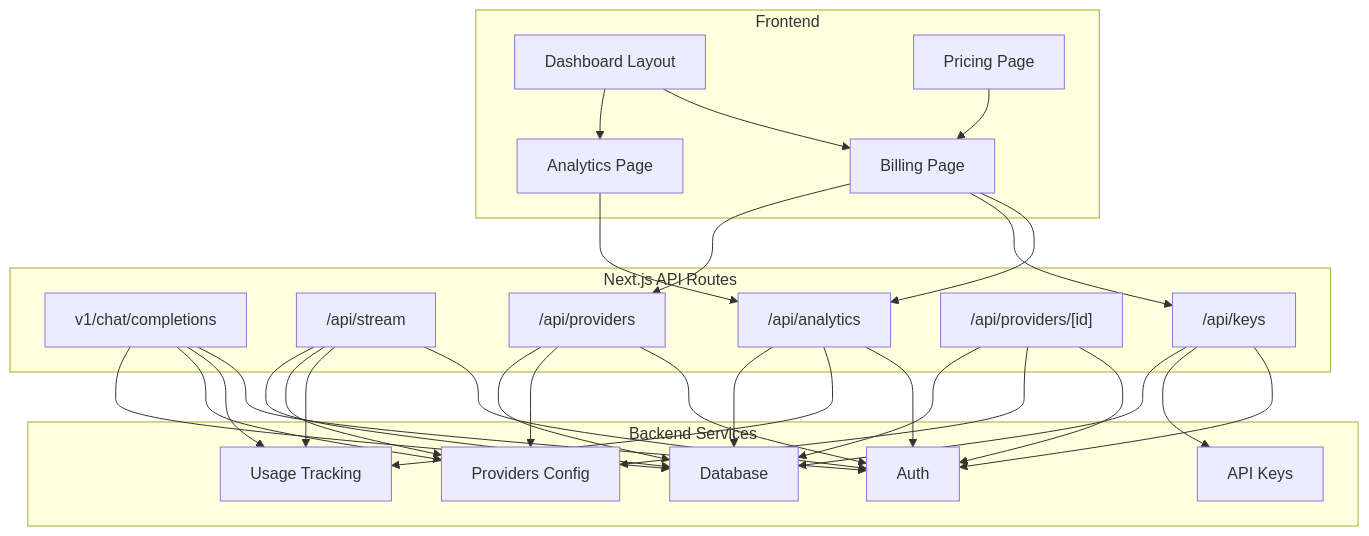
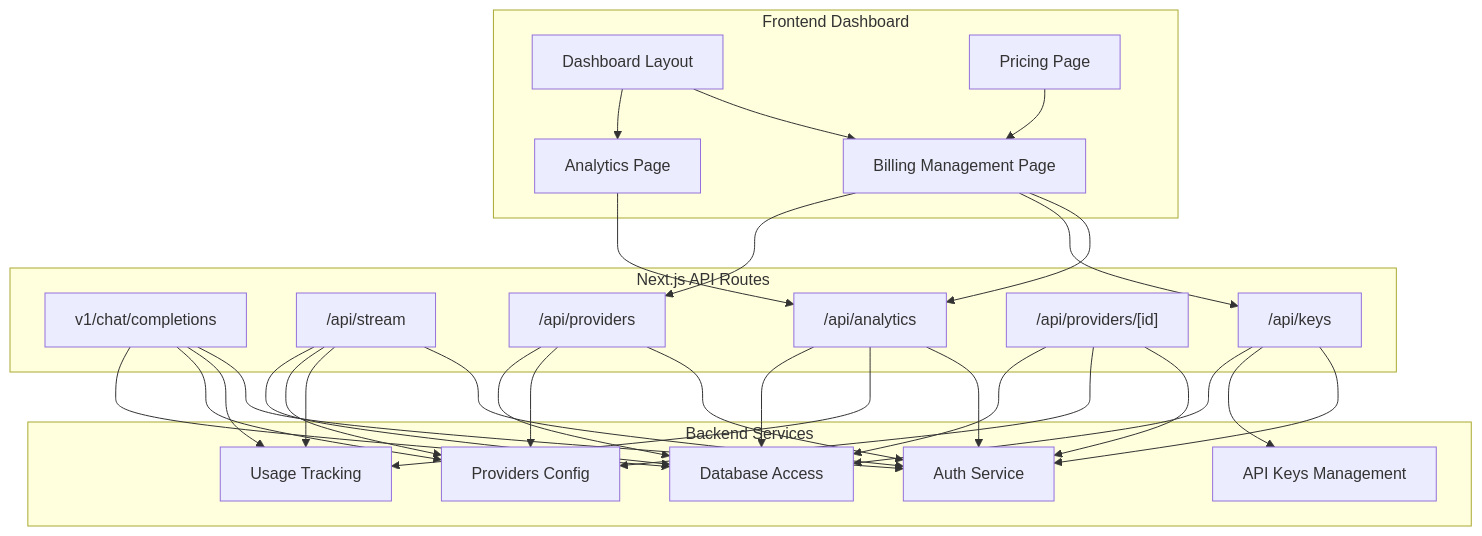
Before and after one commit to HassanAmeer/cheaprouter: the first of 4 diagrams in .qoder/repowiki/en/content/Dashboard Features/Billing & Cost Management.md, drawn with Mermaid. The commit also changed other lines of this file and 54 other files, not shown here.

````diff
--- a/.qoder/repowiki/en/content/Dashboard Features/Billing & Cost Management.md
+++ b/.qoder/repowiki/en/content/Dashboard Features/Billing & Cost Management.md
@@ -39,51 +47,51 @@
 ```mermaid
 graph TB
-subgraph "Frontend"
+subgraph "Frontend Dashboard"
 DLayout["Dashboard Layout"]
-DBilling["Billing Page"]
+DBilling["Billing Management Page"]
 DPricing["Pricing Page"]
 DAnalytics["Analytics Page"]
 end
 subgraph "Next.js API Routes"
 AChat["v1/chat/completions"]
 AStream["/api/stream"]
 AKeys["/api/keys"]
 AProviders["/api/providers"]
 AProviderId["/api/providers/[id]"]
 AAnalytics["/api/analytics"]
 end
 subgraph "Backend Services"
-BAuth["Auth"]
-BDB["Database"]
+BAuth["Auth Service"]
+BDB["Database Access"]
 BUsage["Usage Tracking"]
 BProviders["Providers Config"]
-BKeys["API Keys"]
+BKeys["API Keys Management"]
 end
 DLayout --> DBilling
 DLayout --> DAnalytics
 DBilling --> AAnalytics
 DBilling --> AKeys
 DBilling --> AProviders
 DAnalytics --> AAnalytics
 DPricing --> DBilling
 AChat --> BAuth
 AChat --> BUsage
 AChat --> BProviders
 AChat --> BDB
 AStream --> BAuth
 AStream --> BUsage
 AStream --> BProviders
 AStream --> BDB
 AKeys --> BAuth
 AKeys --> BKeys
 AKeys --> BDB
 AProviders --> BAuth
 AProviders --> BProviders
 AProviders --> BDB
 AProviderId --> BAuth
 AProviderId --> BProviders
 AProviderId --> BDB
 AAnalytics --> BAuth
 AAnalytics --> BUsage
 AAnalytics --> BDB
 ```
````
